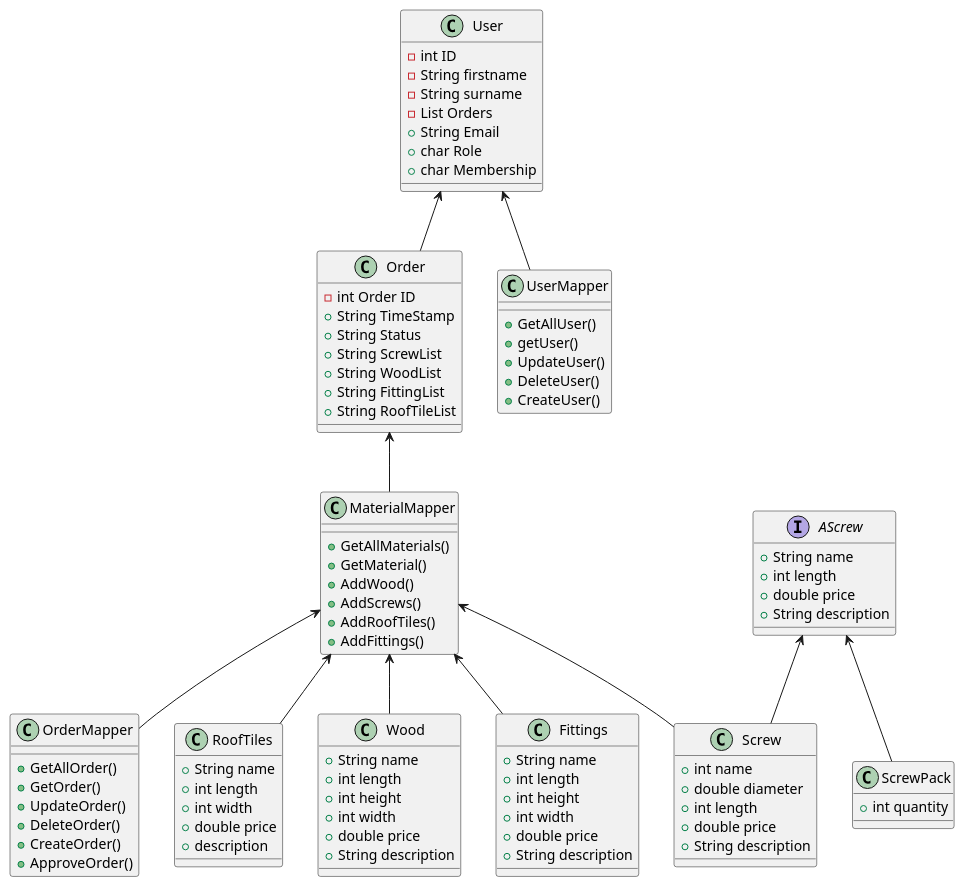
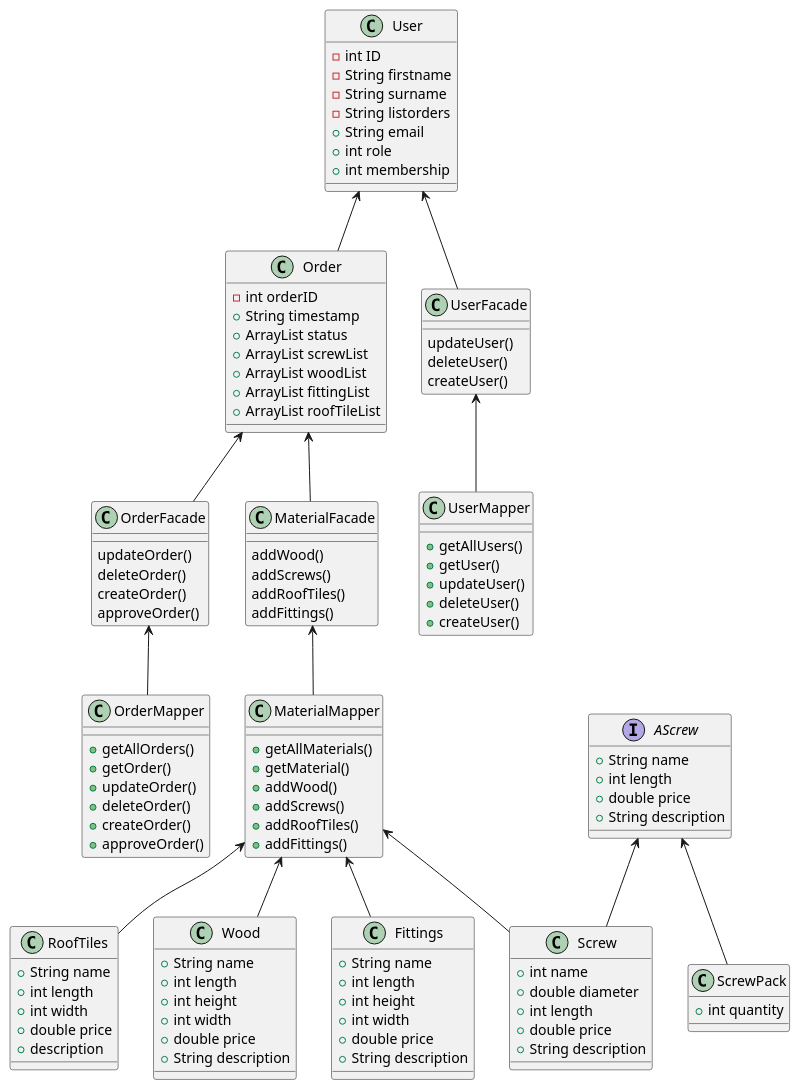
The diagram in documentation/ClassDiagram.puml (HeinLarsen/fog-carport), drawn with PlantUML before and after one commit.

Commit message:
Update ClassDiagram.puml
fixed errors

```diff
--- a/documentation/ClassDiagram.puml
+++ b/documentation/ClassDiagram.puml
@@ -1,115 +1,146 @@
 @startuml
 'https://plantuml.com/class-diagram
 
 class User {
 -int ID
 -String firstname
 -String surname
--List Orders
-+String Email
-+char Role
-+char Membership
+-String listorders
++String email
++int role
++int membership
 }
 
 class Order {
--int Order ID
-+String TimeStamp
-+String Status
-+String ScrewList
-+String WoodList
-+String FittingList
-+String RoofTileList
+-int orderID
++String timestamp
++ArrayList status
++ArrayList screwList
++ArrayList woodList
++ArrayList fittingList
++ArrayList roofTileList
 }
 
 class UserMapper{
-+GetAllUser()
++getAllUsers()
 +getUser()
-+UpdateUser()
-+DeleteUser()
-+CreateUser()
++updateUser()
++deleteUser()
++createUser()
+}
+
+class OrderFacade{
+updateOrder()
+deleteOrder()
+createOrder()
+approveOrder()
+}
+
+class MaterialFacade{
+addWood()
+addScrews()
+addRoofTiles()
+addFittings()
+}
+
+class UserFacade{
+updateUser()
+deleteUser()
+createUser()
+
+
 }
 
 
 class OrderMapper{
-+GetAllOrder()
-+GetOrder()
-+UpdateOrder()
-+DeleteOrder()
-+CreateOrder()
-+ApproveOrder()
++getAllOrders()
++getOrder()
++updateOrder()
++deleteOrder()
++createOrder()
++approveOrder()
 }
 
 class MaterialMapper{
-+GetAllMaterials()
-+GetMaterial()
-+AddWood()
-+AddScrews()
-+AddRoofTiles()
-+AddFittings()
++getAllMaterials()
++getMaterial()
++addWood()
++addScrews()
++addRoofTiles()
++addFittings()
 
 }
 
 class RoofTiles{
 +String name
 +int length
 +int width
 +double price
 +description
 }
 
 class Wood{
 +String name
 +int length
 +int height
 +int width
 +double price
 +String description
 }
 
 class Fittings{
 +String name
 +int length
 +int height
 +int width
 +double price
 +String description
 
 }
 
 interface AScrew{
 +String name
 +int length
 +double price
 +String description
 
 }
 
 class ScrewPack{
 +int quantity
 }
 
 class Screw{
 +int name
 +double diameter
 +int length
 +double price
 +String description
 }
 
 
 User <-- Order
+
+
+User <-- UserFacade
+UserFacade <-- UserMapper
+
+
+
+OrderFacade <-- OrderMapper
+Order <--OrderFacade
+
+
+Order <-- MaterialFacade
+MaterialFacade <-- MaterialMapper
+
 MaterialMapper <-- Wood
 MaterialMapper <-- Screw
 MaterialMapper <-- Fittings
 MaterialMapper <-- RoofTiles
-
-User <-- UserMapper
-Order <-- MaterialMapper
-MaterialMapper <--OrderMapper
-
 
 
 AScrew <-- ScrewPack
 AScrew <-- Screw
 
 @enduml
```
